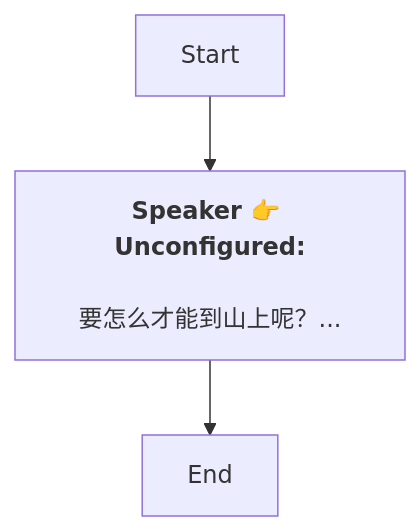
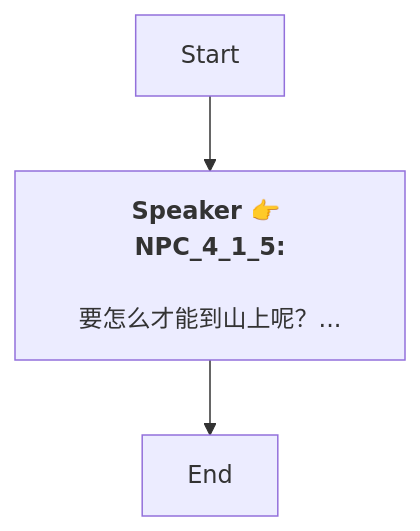
Before and after one commit to SoftHu/tos_avg: the diagram in Zh/Dialog_54440129066337.md, drawn with Mermaid. The commit also changed 737 other files, not shown here.

````diff
--- a/Zh/Dialog_54440129066337.md
+++ b/Zh/Dialog_54440129066337.md
@@ -1,8 +1,7 @@
 ```mermaid
 graph
-Start -->1742084154475777[<b>Speaker 👉 Unconfigured:</b>
-
-要怎么才能到山上呢？...]
+Start -->1742084154475777[<b>Speaker 👉 NPC_4_1_5:</b>
+\n要怎么才能到山上呢？...]
 1742084154475777 -->1742084154475778[End]
 
- ```
+```
````
